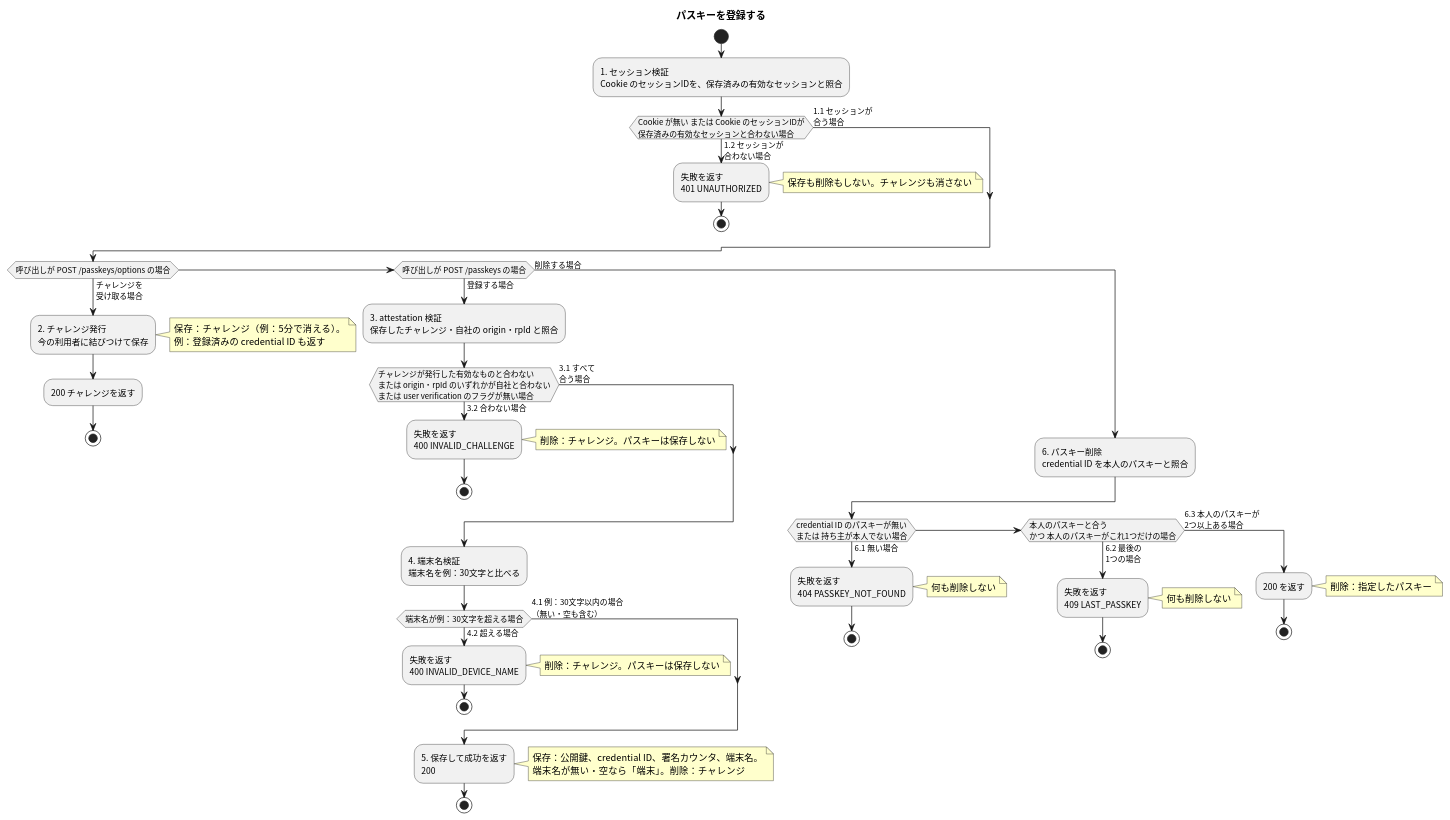
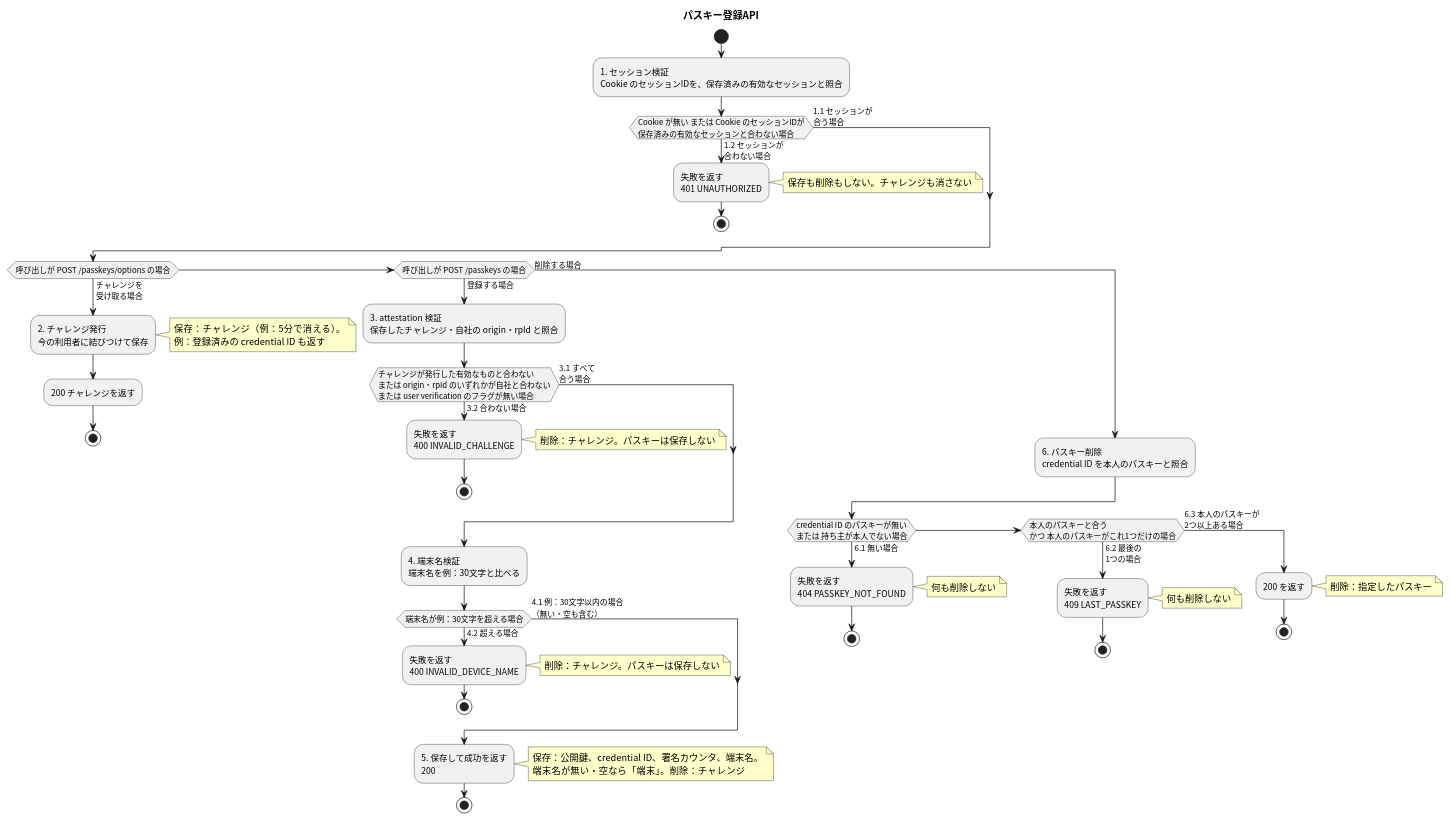
The diagram in apis/register-passkey/flow.puml (masamasamasato/design-doc-template), drawn with PlantUML before and after one commit. The commit also changed 95 other files, not shown here.

```diff
--- a/apis/register-passkey/flow.puml
+++ b/apis/register-passkey/flow.puml
@@ -3,56 +3,56 @@
 @startuml
 skinparam shadowing false
 skinparam defaultFontName "Noto Sans CJK JP"
 skinparam ActivityFontName "Noto Sans CJK JP"
 skinparam NoteBackgroundColor #FFFFCC
 
-title パスキーを登録する
+title パスキー登録API
 
 start
 :1. セッション検証\nCookie のセッションIDを、保存済みの有効なセッションと照合;
 if (Cookie が無い または Cookie のセッションIDが\n保存済みの有効なセッションと合わない場合) then (1.2 セッションが\n合わない場合)
   :失敗を返す\n401 UNAUTHORIZED;
   note right: 保存も削除もしない。チャレンジも消さない
   stop
 else (1.1 セッションが\n合う場合)
 endif
 if (呼び出しが POST /passkeys/options の場合) then (チャレンジを\n受け取る場合)
   :2. チャレンジ発行\n今の利用者に結びつけて保存;
   note right: 保存：チャレンジ（例：5分で消える）。\n例：登録済みの credential ID も返す
   :200 チャレンジを返す;
   stop
 elseif (呼び出しが POST /passkeys の場合) then (登録する場合)
   :3. attestation 検証\n保存したチャレンジ・自社の origin・rpId と照合;
   if (チャレンジが発行した有効なものと合わない\nまたは origin・rpId のいずれかが自社と合わない\nまたは user verification のフラグが無い場合) then (3.2 合わない場合)
     :失敗を返す\n400 INVALID_CHALLENGE;
     note right: 削除：チャレンジ。パスキーは保存しない
     stop
   else (3.1 すべて\n合う場合)
   endif
   :4. 端末名検証\n端末名を例：30文字と比べる;
   if (端末名が例：30文字を超える場合) then (4.2 超える場合)
     :失敗を返す\n400 INVALID_DEVICE_NAME;
     note right: 削除：チャレンジ。パスキーは保存しない
     stop
   else (4.1 例：30文字以内の場合\n（無い・空も含む）)
   endif
   :5. 保存して成功を返す\n200;
   note right: 保存：公開鍵、credential ID、署名カウンタ、端末名。\n端末名が無い・空なら「端末」。削除：チャレンジ
   stop
 else (削除する場合)
   :6. パスキー削除\ncredential ID を本人のパスキーと照合;
   if (credential ID のパスキーが無い\nまたは 持ち主が本人でない場合) then (6.1 無い場合)
     :失敗を返す\n404 PASSKEY_NOT_FOUND;
     note right: 何も削除しない
     stop
   elseif (本人のパスキーと合う\nかつ 本人のパスキーがこれ1つだけの場合) then (6.2 最後の\n1つの場合)
     :失敗を返す\n409 LAST_PASSKEY;
     note right: 何も削除しない
     stop
   else (6.3 本人のパスキーが\n2つ以上ある場合)
     :200 を返す;
     note right: 削除：指定したパスキー
     stop
   endif
 endif
 @enduml
```
